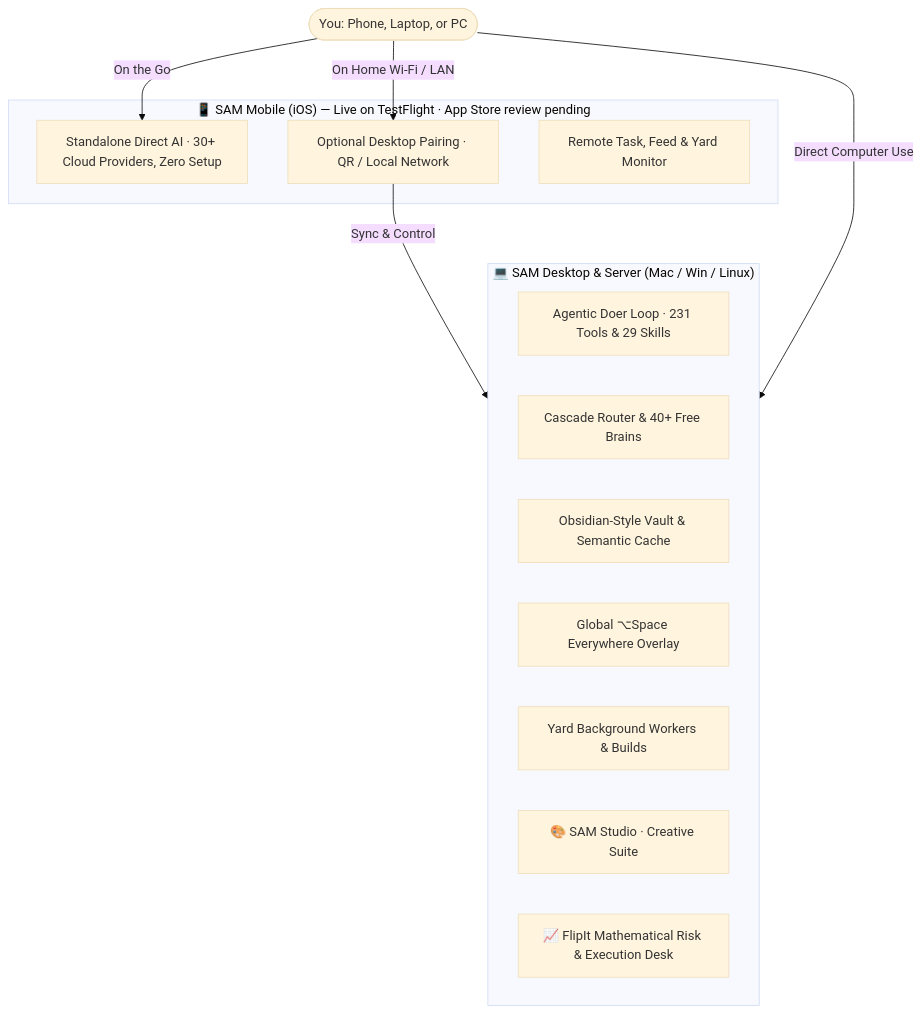
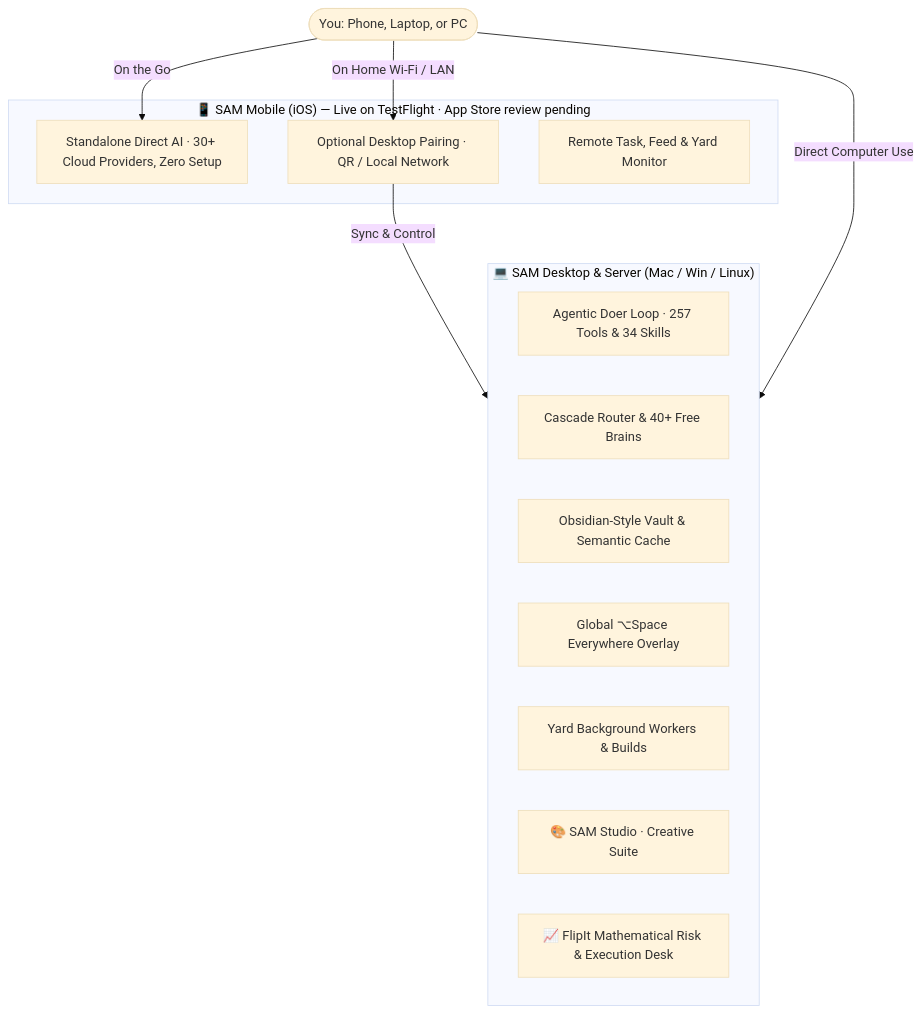
Before and after one commit to richhabits/sam: the diagram in README.md, drawn with Mermaid (base theme). The commit also changed other lines of this file and 8 other files, not shown here.

````diff
--- a/README.md
+++ b/README.md
@@ -37,25 +37,25 @@
 ```mermaid
 graph TD
     User([You: Phone, Laptop, or PC])
     
     subgraph Mobile ["📱 SAM Mobile (iOS) — Live on TestFlight · App Store review pending"]
         MobileAI[Standalone Direct AI · 30+ Cloud Providers, Zero Setup]
         MobilePair[Optional Desktop Pairing · QR / Local Network]
         MobileYard[Remote Task, Feed & Yard Monitor]
     end
     
     subgraph Core ["💻 SAM Desktop & Server (Mac / Win / Linux)"]
-        Agent[Agentic Doer Loop · 231 Tools & 29 Skills]
+        Agent[Agentic Doer Loop · 257 Tools & 34 Skills]
         Cascade[Cascade Router & 40+ Free Brains]
         Memory[Obsidian-Style Vault & Semantic Cache]
         Overlay[Global ⌥Space Everywhere Overlay]
         Yard[Yard Background Workers & Builds]
         Studio[🎨 SAM Studio · Creative Suite]
         FlipIt[📈 FlipIt Mathematical Risk & Execution Desk]
     end
 
     User -->|On the Go| MobileAI
     User -->|On Home Wi-Fi / LAN| MobilePair
     MobilePair -->|Sync & Control| Core
     User -->|Direct Computer Use| Core
 ```
````
